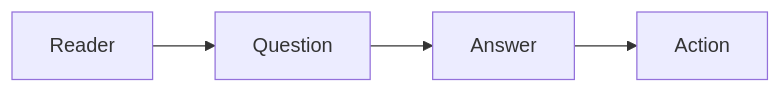
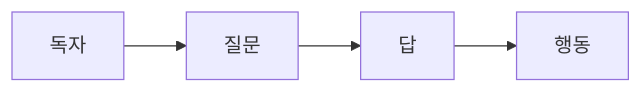
The diagram in content/technical-writing-101/ko/01-what-is-technical-writing.md (yeongseon-books/book-content), drawn with Mermaid before and after one commit. The commit also changed other lines of this file and 7 other files, not shown here.

````diff
--- a/content/technical-writing-101/ko/01-what-is-technical-writing.md
+++ b/content/technical-writing-101/ko/01-what-is-technical-writing.md
@@ -33,6 +50,6 @@
 ```mermaid
 flowchart LR
-    R[Reader] --> Q[Question]
-    Q --> A[Answer]
-    A --> X[Action]
+    R[독자] --> Q[질문]
+    Q --> A[답]
+    A --> X[행동]
 ```
````
